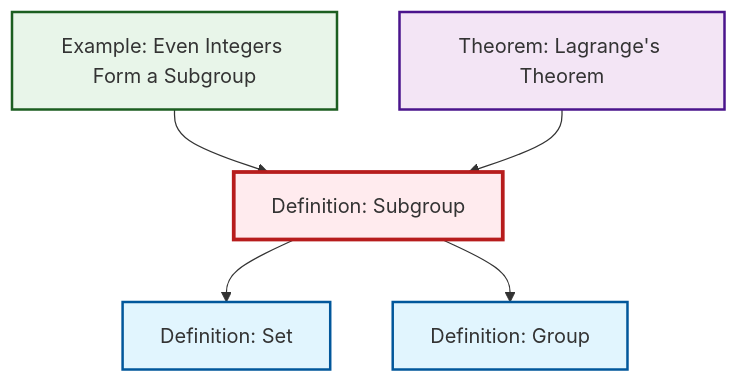
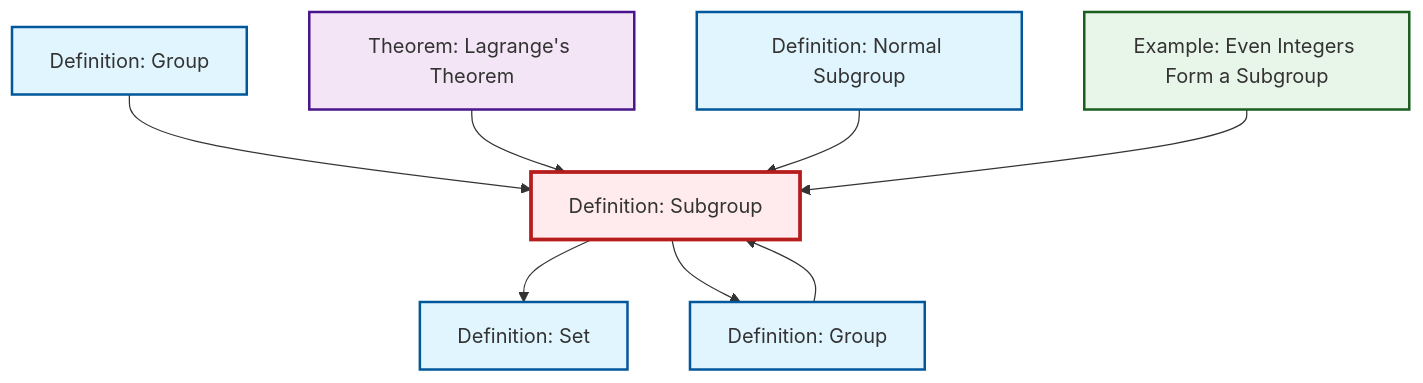
Before and after one commit to RK0429/ModernMath: the diagram in content/en/algebra/def-subgroup.qmd, drawn with Mermaid. The commit also changed 511 other files, not shown here.

````diff
--- a/content/en/algebra/def-subgroup.qmd
+++ b/content/en/algebra/def-subgroup.qmd
@@ -43,24 +43,24 @@
 ```{mermaid}
 %%| fig-cap: "Local dependency graph"
 graph TD
     classDef definition fill:#e1f5fe,stroke:#01579b,stroke-width:2px
     classDef theorem fill:#f3e5f5,stroke:#4a148c,stroke-width:2px
     classDef axiom fill:#fff3e0,stroke:#e65100,stroke-width:2px
     classDef example fill:#e8f5e9,stroke:#1b5e20,stroke-width:2px
     classDef current fill:#ffebee,stroke:#b71c1c,stroke-width:3px
+    def-subgroup["Definition: Subgroup"]:::definition
+    def-normal-subgroup["Definition: Normal Subgroup"]:::definition
+    ex-even-integers-subgroup["Example: Even Integers Form a Subgroup"]:::example
+    thm-lagrange["Theorem: Lagrange's Theorem"]:::theorem
     def-group["Definition: Group"]:::definition
-    ex-even-integers-subgroup["Example: Even Integers Form a Subgroup"]:::example
     def-set["Definition: Set"]:::definition
-    def-subgroup["Definition: Subgroup"]:::definition
-    thm-lagrange["Theorem: Lagrange's Theorem"]:::theorem
+    def-group-example["Definition: Group"]:::definition
+    def-group-example --> def-subgroup
     def-subgroup --> def-set
+    thm-lagrange --> def-subgroup
+    def-normal-subgroup --> def-subgroup
     def-subgroup --> def-group
     ex-even-integers-subgroup --> def-subgroup
-    thm-lagrange --> def-subgroup
+    def-group --> def-subgroup
     class def-subgroup current
-
-    click def-group "def-group.html" "Go to Group definition"
-    click ex-even-integers-subgroup "ex-even-integers-subgroup.html" "Go to Even Integers Form a Subgroup example"
-    click def-set "def-set.html" "Go to Set definition"
-    click thm-lagrange "thm-lagrange.html" "Go to Lagrange's Theorem theorem"
 ```
````
